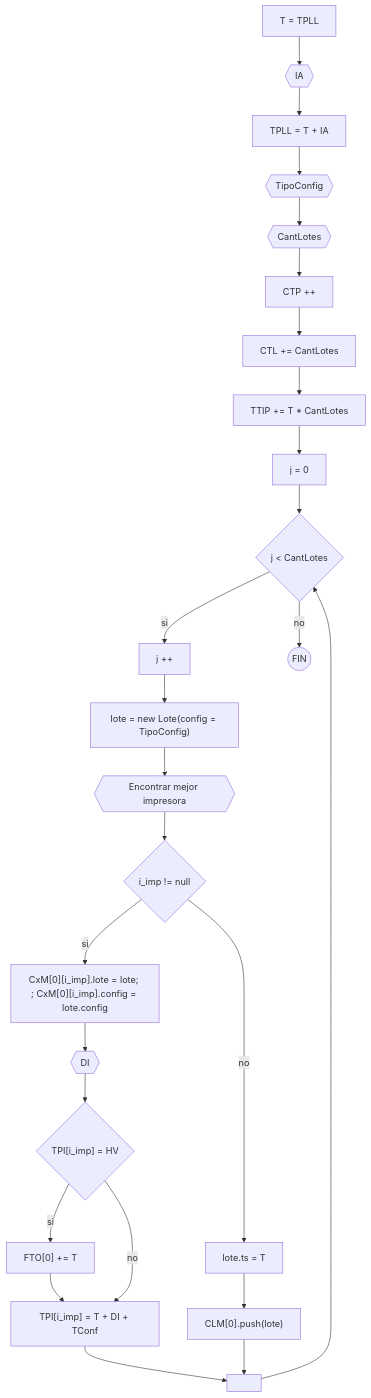
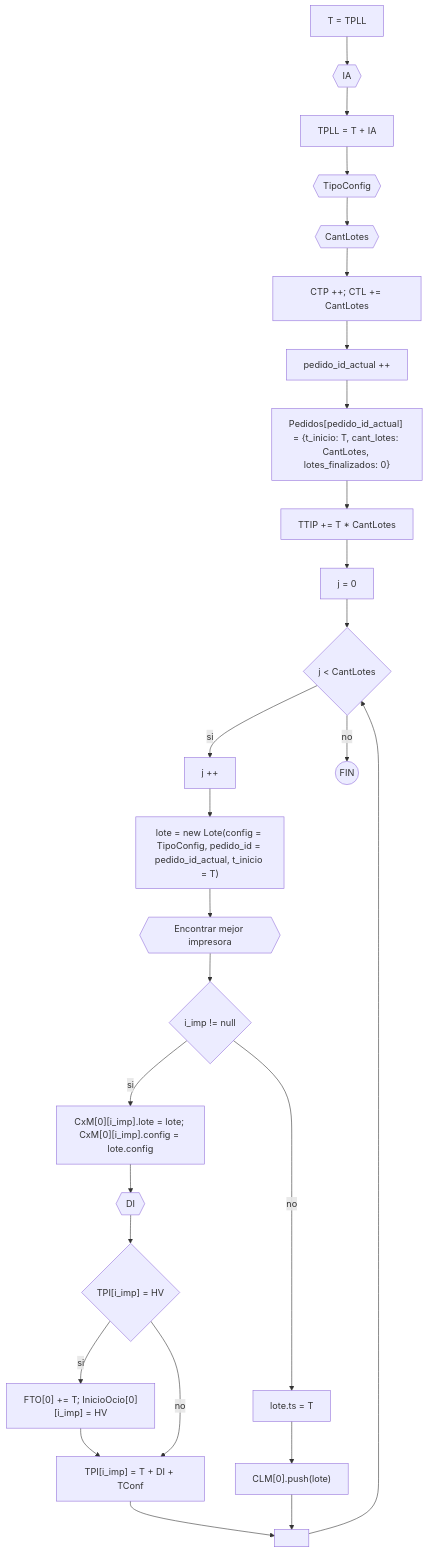
One commit to JuanManuelPrividera/TP-Simu changed the diagram in docs/Diagramas/LlegadPedido/LlegadaPedido.mermaid. Above: the diagram before and after it, drawn with Mermaid. The commit also changed 12 other files, not shown here.

```diff
--- a/docs/Diagramas/LlegadPedido/LlegadaPedido.mermaid
+++ b/docs/Diagramas/LlegadPedido/LlegadaPedido.mermaid
@@ -1,13 +1,13 @@
 flowchart TD
     direction TD
     a[T = TPLL] --> b{{IA}} --> c[TPLL = T + IA] --> d0{{TipoConfig}} --> d{{CantLotes}}
-    d --> d1[CTP ++] --> d2[CTL += CantLotes] --> d3["TTIP += T * CantLotes"] --> bb[j = 0]
+    d --> d1["CTP ++; CTL += CantLotes"] --> d2["pedido_id_actual ++"] --> d3["Pedidos[pedido_id_actual] = {t_inicio: T, cant_lotes: CantLotes, lotes_finalizados: 0}"] --> d4["TTIP += T * CantLotes"] --> bb[j = 0]
     bb --> iff{"j < CantLotes"}
-    iff --> |si| cc[j ++] --> lote["lote = new Lote(config = TipoConfig)"] --> z1{{Encontrar mejor impresora}} --> f{"i_imp != null"}
+    iff --> |si| cc[j ++] --> lote["lote = new Lote(config = TipoConfig, pedido_id = pedido_id_actual, t_inicio = T)"] --> z1{{Encontrar mejor impresora}} --> f{"i_imp != null"}
     iff --> |no| fin((FIN))
-    f --> |si| z2["CxM[0][i_imp].lote = lote; ; CxM[0][i_imp].config = lote.config"] --> g{{DI}} --> i1{"TPI[i_imp] = HV"} --> |si| i2["FTO[0] += T"] --> i
+    f --> |si| z2["CxM[0][i_imp].lote = lote; CxM[0][i_imp].config = lote.config"] --> g{{DI}} --> i1{"TPI[i_imp] = HV"} --> |si| i2["FTO[0] += T; InicioOcio[0][i_imp] = HV"] --> i
     i1 --> |no| i["TPI[i_imp] = T + DI + TConf"]
     --> j[" "]
     f --> |no| z9["lote.ts = T"] --> h["CLM[0].push(lote)"]
     
     h --> j --> iff
```
